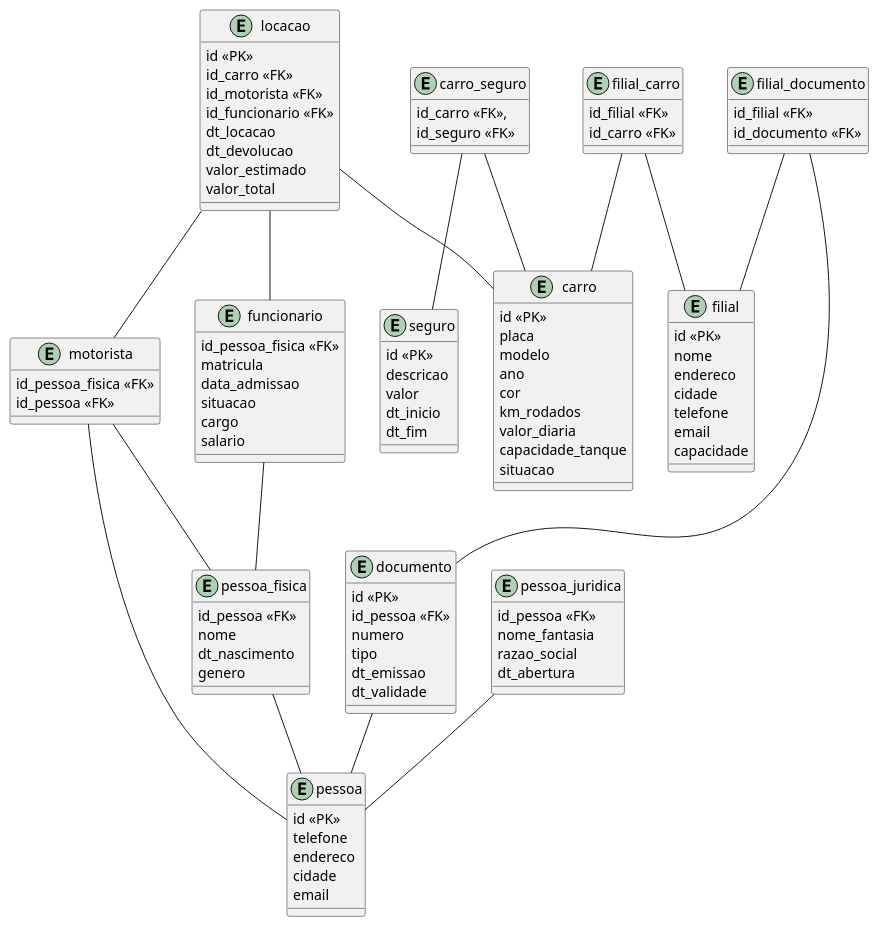
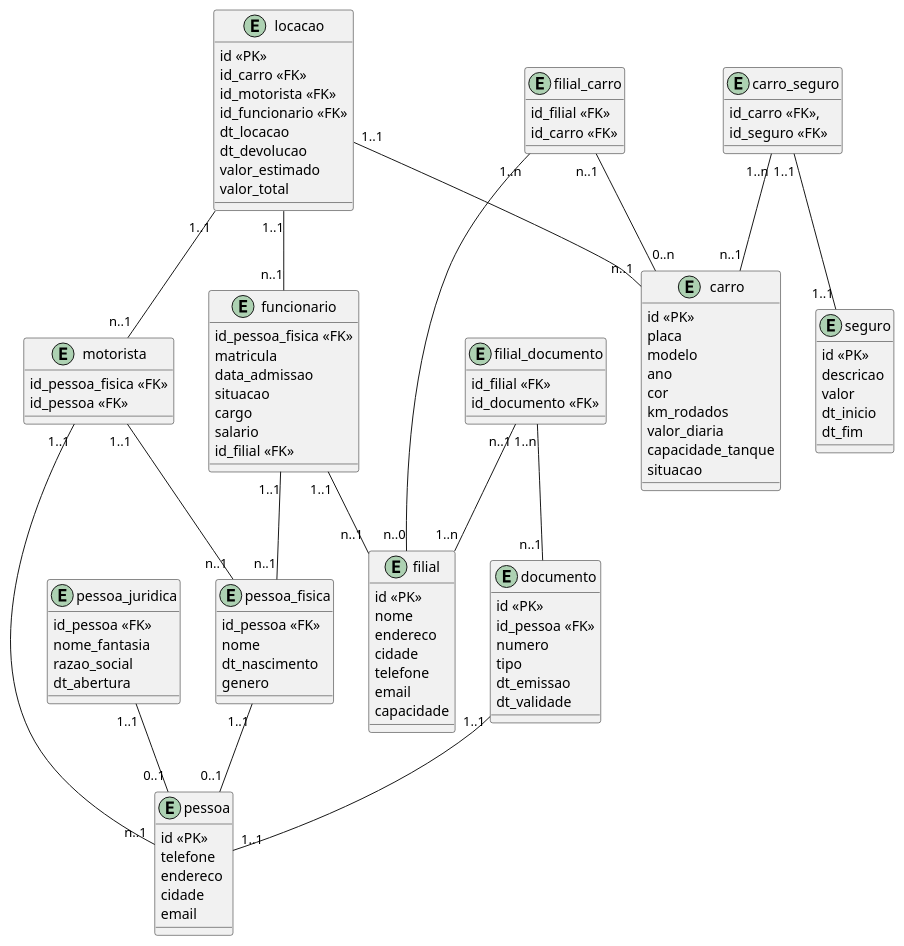
One commit to Berjooj/bd_proj_locacao_veiculos changed the diagram in veiculos.plantuml. Above: the diagram before and after it, drawn with PlantUML. The commit also changed 3 other files, not shown here.

```diff
--- a/veiculos.plantuml
+++ b/veiculos.plantuml
@@ -1,128 +1,129 @@
 @startuml LocacaoCarros
 
 entity documento{
     id <<PK>>
     id_pessoa <<FK>>
     numero
     tipo
     dt_emissao
     dt_validade
 }
 
 entity pessoa {
     id <<PK>>
     telefone
     endereco
     cidade
     email
 }
 
 entity pessoa_fisica {
     id_pessoa <<FK>>
     nome
     dt_nascimento
     genero
 }
 
 entity pessoa_juridica {
     id_pessoa <<FK>>
     nome_fantasia
     razao_social
     dt_abertura
 }
 
 entity motorista {
     id_pessoa_fisica <<FK>>
     id_pessoa <<FK>>
 }
 
 entity carro {
     id <<PK>>
     placa
     modelo
     ano
     cor
     km_rodados
     valor_diaria
     capacidade_tanque
     situacao
 }
 
 entity locacao {
     id <<PK>>
     id_carro <<FK>>
     id_motorista <<FK>>
     id_funcionario <<FK>>
     dt_locacao
     dt_devolucao
     valor_estimado
     valor_total
 }
 
 entity filial {
     id <<PK>>
     nome
     endereco
     cidade
     telefone
     email
     capacidade
 }
 
 entity funcionario {
     id_pessoa_fisica <<FK>>
     matricula
     data_admissao
     situacao
     cargo
     salario
+    id_filial <<FK>>
 }
 
 entity filial_carro {
     id_filial <<FK>>
     id_carro <<FK>>
 }
 
 entity filial_documento {
     id_filial <<FK>>
     id_documento <<FK>>
 }
 
 entity seguro {
     id <<PK>>
     descricao
     valor
     dt_inicio
     dt_fim
 }
 
 entity carro_seguro {
     id_carro <<FK>>,
     id_seguro <<FK>>
 }
 
-carro_seguro -- seguro
-carro_seguro -- carro
+carro_seguro "1..1" -- "1..1" seguro
+carro_seguro "1..n" -- "n..1" carro
 
-filial_carro -- filial
-filial_carro -- carro
+filial_carro "1..n" -- "n..0" filial
+filial_carro "n..1" -- "0..n" carro
 
-filial_documento -- filial
-filial_documento -- documento
+filial_documento "n..1" -- "1..n" filial
+filial_documento "1..n" -- "n..1" documento
 
-pessoa_fisica -- pessoa
-pessoa_juridica -- pessoa
+pessoa_fisica "1..1" -- "0..1" pessoa
+pessoa_juridica "1..1" -- "0..1" pessoa
 
-motorista -- pessoa
-motorista -- pessoa_fisica
+motorista "1..1" -- "n..1" pessoa
+motorista "1..1" -- "n..1" pessoa_fisica
 
-funcionario -- pessoa_fisica
+funcionario "1..1" -- "n..1" pessoa_fisica
+funcionario "1..1" -- "n..1" filial
 
-locacao -- carro
-locacao -- motorista
-locacao -- funcionario
+locacao "1..1" -- "n..1" carro
+locacao "1..1" -- "n..1" motorista
+locacao "1..1" -- "n..1" funcionario
 
-documento -- pessoa
-
+documento "1..1" -- "1..1" pessoa
 
 @enduml
```
